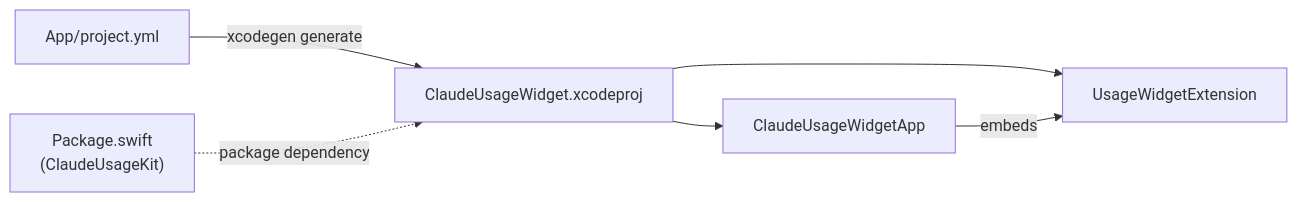
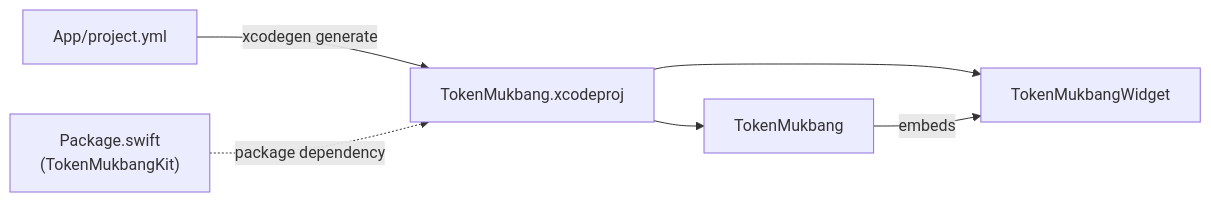
The third of 3 diagrams in ARCHITECTURE.md (94wogus/TokenMukbang), drawn with Mermaid before and after one commit. The commit also changed other lines of this file and 130 other files, not shown here.

First line of the commit message:
feat(ui): 진짜 glass 팝오버(커스텀 NSPanel) + TokenMukbang 전면 리네임 (ADR-0018, ADR-0010 §0)

````diff
--- a/ARCHITECTURE.md
+++ b/ARCHITECTURE.md
@@ -167,8 +167,8 @@
 ```mermaid
 flowchart LR
-    PY["App/project.yml"] -- "xcodegen generate" --> XP["ClaudeUsageWidget.xcodeproj"]
-    PKG["Package.swift<br/>(ClaudeUsageKit)"] -. "package dependency" .-> XP
-    XP --> APPTGT["ClaudeUsageWidgetApp"]
-    XP --> WTGT["UsageWidgetExtension"]
+    PY["App/project.yml"] -- "xcodegen generate" --> XP["TokenMukbang.xcodeproj"]
+    PKG["Package.swift<br/>(TokenMukbangKit)"] -. "package dependency" .-> XP
+    XP --> APPTGT["TokenMukbang"]
+    XP --> WTGT["TokenMukbangWidget"]
     APPTGT -- embeds --> WTGT
 ```
````
